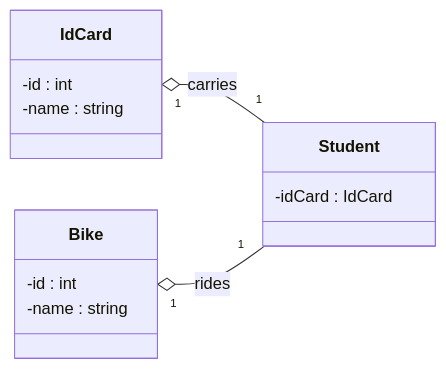
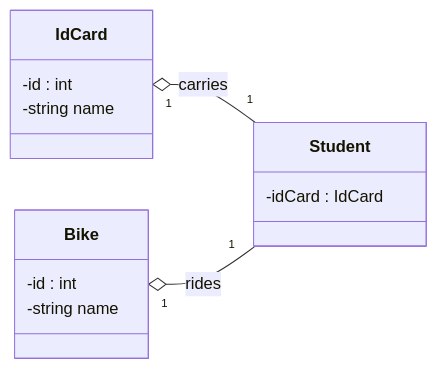
One commit to mermaid-js/mermaid changed diagram 19 of 25 in docs/syntax/classDiagram.md. Above: the diagram before and after it, drawn with Mermaid. The commit also changed other lines of this file, not shown here.

````diff
--- a/docs/syntax/classDiagram.md
+++ b/docs/syntax/classDiagram.md
@@ -599,17 +601,17 @@
 ```mermaid
 classDiagram
   direction RL
   class Student {
     -idCard : IdCard
   }
   class IdCard{
     -id : int
-    -name : string
+    -string name
   }
   class Bike{
     -id : int
-    -name : string
+    -string name
   }
   Student "1" --o "1" IdCard : carries
   Student "1" --o "1" Bike : rides
 ```
````
